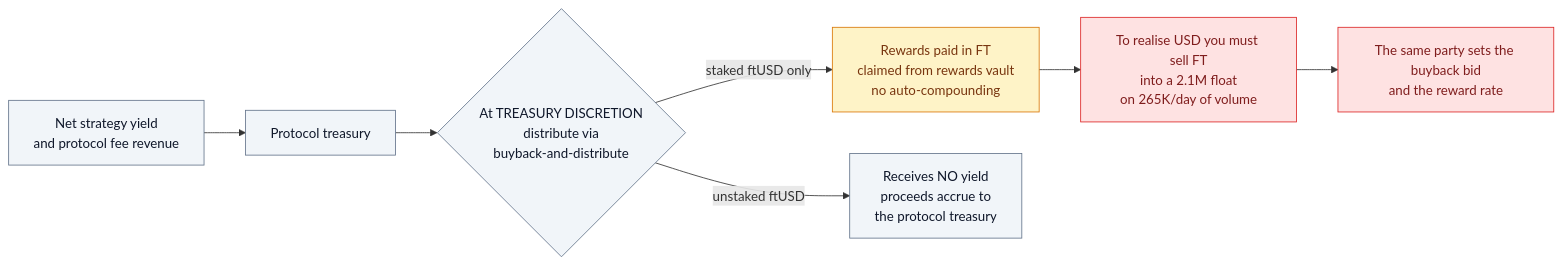
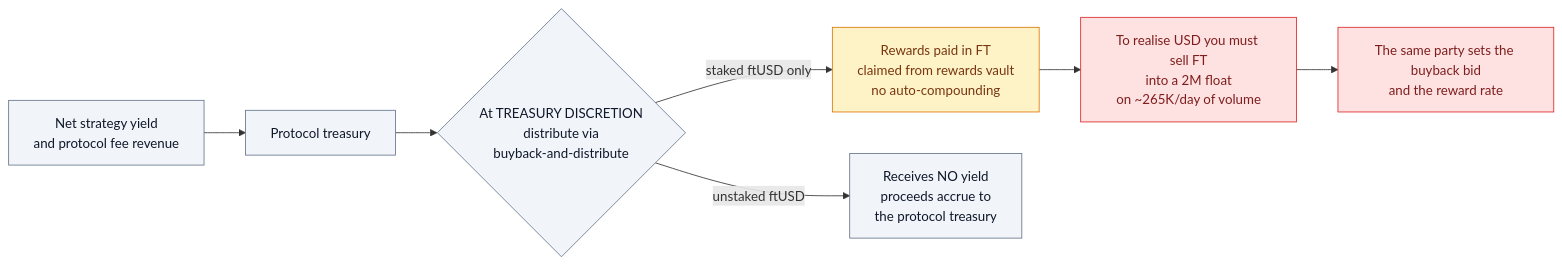
Before and after one commit to m0n3r0/flying-tulip-audit: the fourth of 5 diagrams in research/01-protocol-overview.md, drawn with Mermaid. The commit also changed other lines of this file and 5 other files, not shown here.

````diff
--- a/research/01-protocol-overview.md
+++ b/research/01-protocol-overview.md
@@ -194,21 +218,21 @@
 ```mermaid
 flowchart LR
     Y["Net strategy yield<br/>and protocol fee revenue"]
 
     Y --> T["Protocol treasury"]
     T --> D{"At TREASURY DISCRETION<br/>distribute via<br/>buyback-and-distribute"}
 
     D -->|"staked ftUSD only"| FT["Rewards paid in FT<br/>claimed from rewards vault<br/>no auto-compounding"]
     D -->|"unstaked ftUSD"| NONE["Receives NO yield<br/>proceeds accrue to<br/>the protocol treasury"]
 
-    FT --> MKT["To realise USD you must sell FT<br/>into a 2.1M float<br/>on 265K/day of volume"]
+    FT --> MKT["To realise USD you must sell FT<br/>into a 2M float<br/>on ~265K/day of volume"]
     MKT --> PRICE["The same party sets the buyback bid<br/>and the reward rate"]
 
     classDef warn fill:#fef3c7,stroke:#d97706,color:#78350f
     classDef bad fill:#fee2e2,stroke:#dc2626,color:#7f1d1d
     classDef good fill:#dcfce7,stroke:#16a34a,color:#14532d
     classDef neutral fill:#f1f5f9,stroke:#64748b,color:#0f172a
     class Y,T,D,NONE neutral
     class FT warn
     class MKT,PRICE bad
 ```
````
